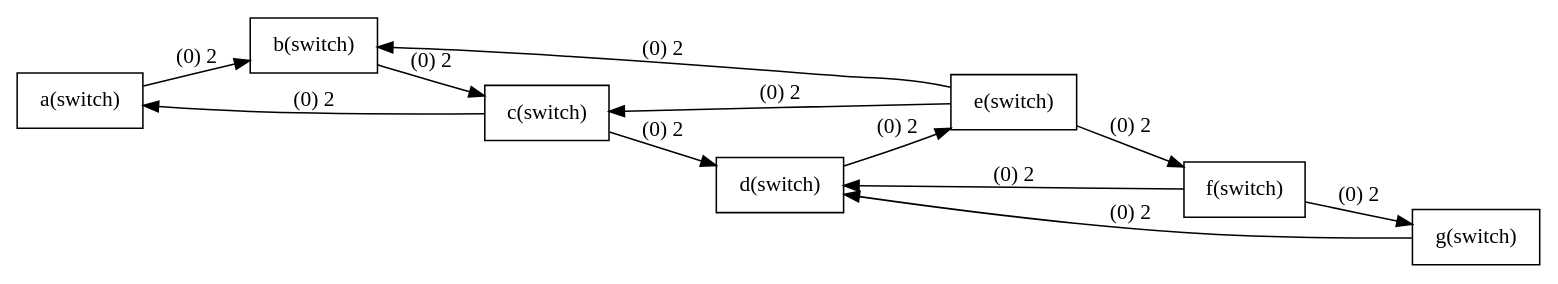
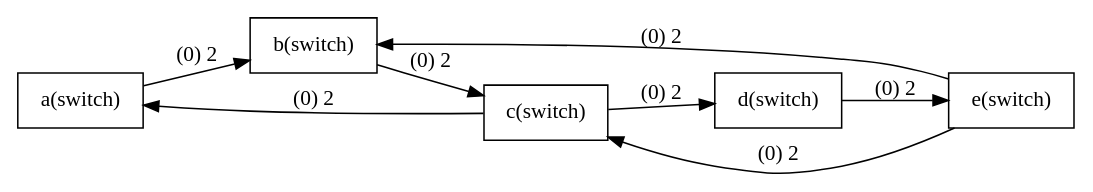
Before and after one commit to stanly1012/2019-spring-gt: the diagram in input.dot, drawn with Graphviz. The commit also changed 5 other files, not shown here.

Commit message:
use the graph of project announcement ptt

```diff
--- a/input.dot
+++ b/input.dot
@@ -1,39 +1,27 @@
 digraph G{
 rankdir=LR;
 node [shape=record];
 
 a [label="a(switch)"];
 b [label="b(switch)"];
 a->b[label="(0) 2"];
 b [label="b(switch)"];
 c [label="c(switch)"];
 b->c[label="(0) 2"];
 c [label="c(switch)"];
 a [label="a(switch)"];
 c->a[label="(0) 2"];
 c [label="c(switch)"];
 d [label="d(switch)"];
 c->d[label="(0) 2"];
 d [label="d(switch)"];
 e [label="e(switch)"];
 d->e[label="(0) 2"];
 e [label="e(switch)"];
 b [label="b(switch)"];
 e->b[label="(0) 2"];
 e [label="e(switch)"];
 c [label="c(switch)"];
 e->c[label="(0) 2"];
-e [label="e(switch)"];
-f [label="f(switch)"];
-e->f[label="(0) 2"];
-f [label="f(switch)"];
-d [label="d(switch)"];
-f->d[label="(0) 2"];
-f [label="f(switch)"];
-g [label="g(switch)"];
-f->g[label="(0) 2"];
-g [label="g(switch)"];
-d [label="d(switch)"];
-g->d[label="(0) 2"];
 
 }
```
